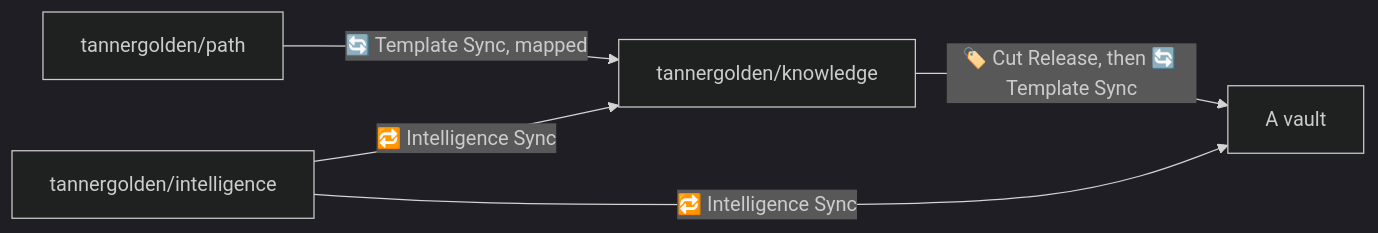
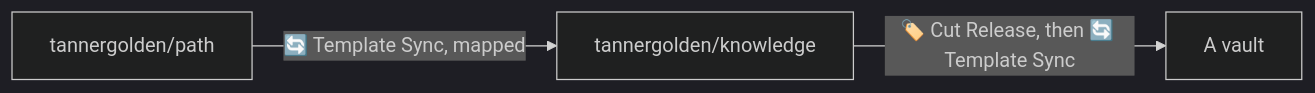
Before and after one commit to tannergolden/knowledge: the diagram in .docs/distribution/How-A-Change-Reaches-A-Vault.md, drawn with Mermaid (dark theme). The commit also changed other lines of this file and 337 other files, not shown here.

````diff
--- a/.docs/distribution/How-A-Change-Reaches-A-Vault.md
+++ b/.docs/distribution/How-A-Change-Reaches-A-Vault.md
@@ -24,7 +24,5 @@
 ```mermaid
 graph LR
     PT["tannergolden/path"] -->|"🔄 Template Sync, mapped"| KN["tannergolden/knowledge"]
     KN -->|"🏷️ Cut Release, then 🔄 Template Sync"| V["A vault"]
-    IN["tannergolden/intelligence"] -->|"🔁 Intelligence Sync"| KN
-    IN -->|"🔁 Intelligence Sync"| V
 ```
````
